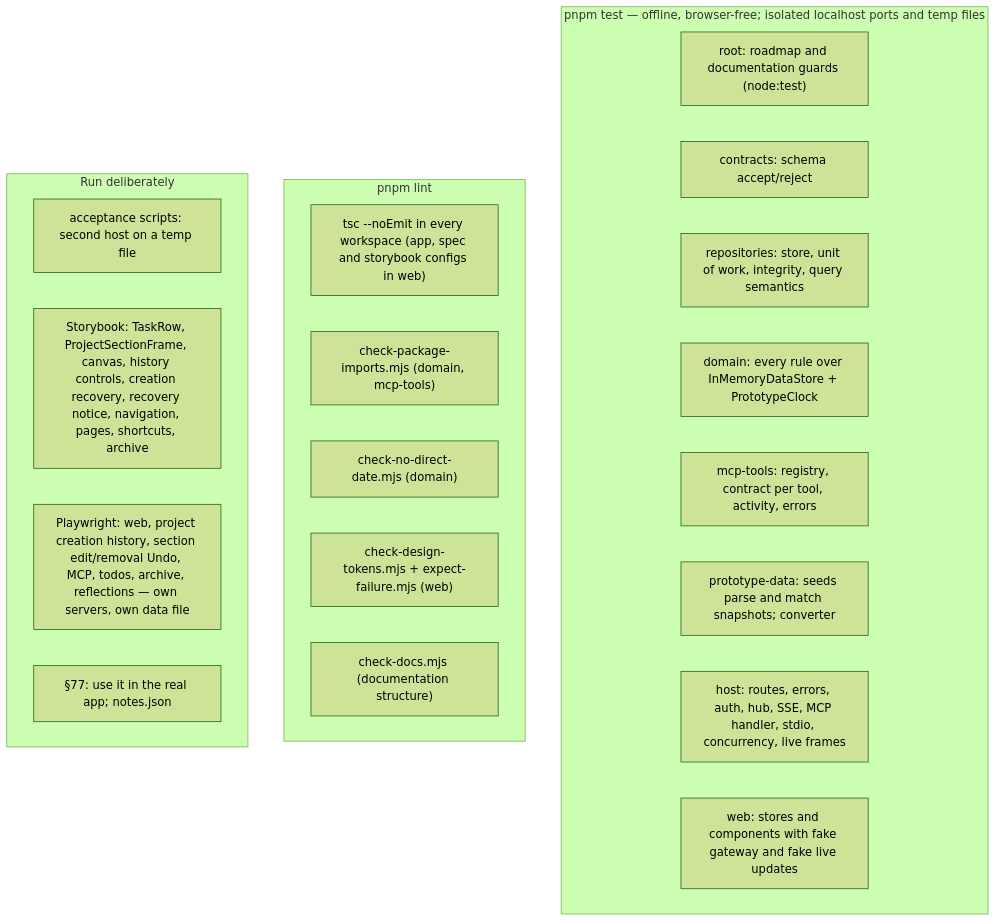
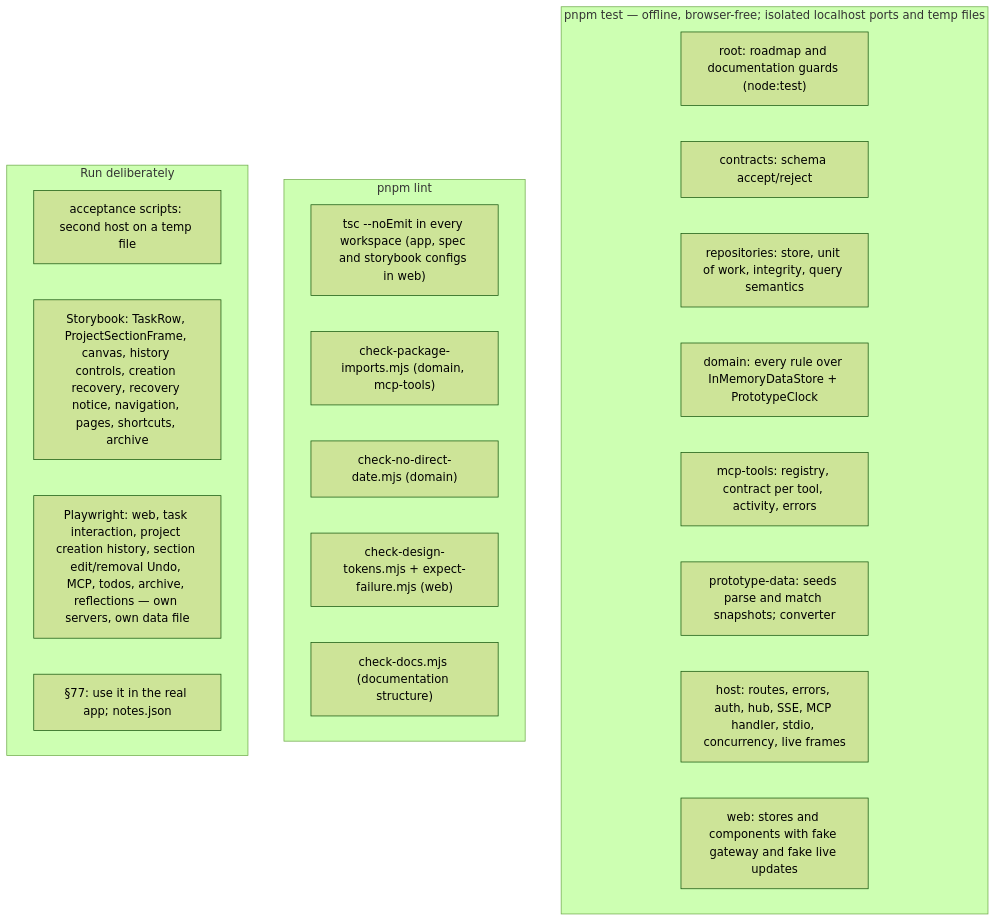
The first of 2 diagrams in docs/architecture/testing/what.md (CalciteDragon/Canvas-work-manager-prototype), drawn with Mermaid (forest theme) before and after one commit. The commit also changed other lines of this file and 50 other files, not shown here.

````diff
--- a/docs/architecture/testing/what.md
+++ b/docs/architecture/testing/what.md
@@ -15,26 +21,26 @@
 ```mermaid
 flowchart TB
   subgraph offline["pnpm test — offline, browser-free; isolated localhost ports and temp files"]
     roadmap["root: roadmap and documentation guards (node:test)"]
     c["contracts: schema accept/reject"]
     r["repositories: store, unit of work, integrity, query semantics"]
     d["domain: every rule over InMemoryDataStore + PrototypeClock"]
     m["mcp-tools: registry, contract per tool, activity, errors"]
     p["prototype-data: seeds parse and match snapshots; converter"]
     h["host: routes, errors, auth, hub, SSE, MCP handler, stdio, concurrency, live frames"]
     w["web: stores and components with fake gateway and fake live updates"]
   end
   subgraph lint["pnpm lint"]
     tsc["tsc --noEmit in every workspace (app, spec and storybook configs in web)"]
     imp["check-package-imports.mjs (domain, mcp-tools)"]
     date["check-no-direct-date.mjs (domain)"]
     tok["check-design-tokens.mjs + expect-failure.mjs (web)"]
     docs["check-docs.mjs (documentation structure)"]
   end
   subgraph real["Run deliberately"]
     acc["acceptance scripts: second host on a temp file"]
     sb["Storybook: TaskRow, ProjectSectionFrame, canvas, history controls, creation recovery, recovery notice, navigation, pages, shortcuts, archive"]
-    e2e["Playwright: web, project creation history, section edit/removal Undo, MCP, todos, archive, reflections — own servers, own data file"]
+    e2e["Playwright: web, task interaction, project creation history, section edit/removal Undo, MCP, todos, archive, reflections — own servers, own data file"]
     use["§77: use it in the real app; notes.json"]
   end
 ```
````
